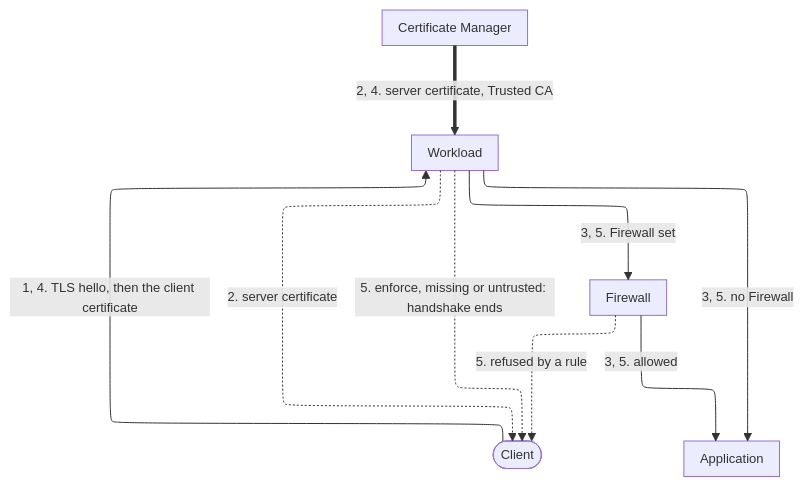
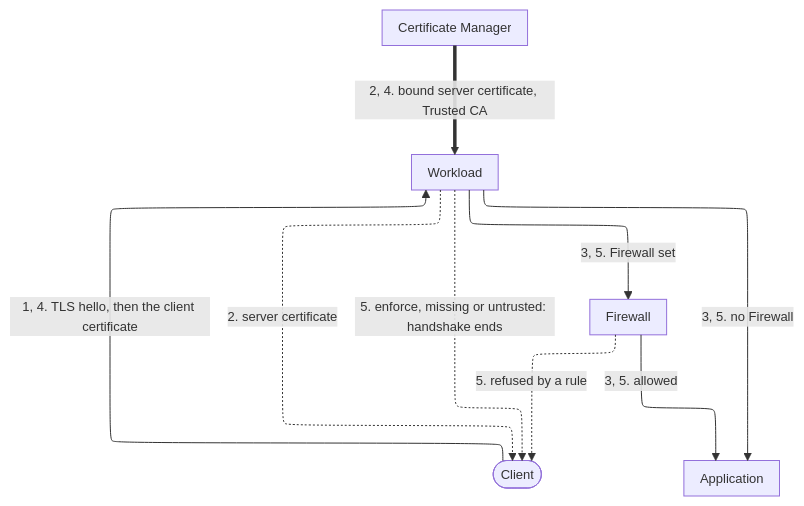
Before and after one commit to aziontech/docs: the diagram in apps/docs/src/content/docs/en/pages/secure/certificate-manager/overview.mdx, drawn with Mermaid. The commit also changed other lines of this file and 132 other files, not shown here.

````diff
--- a/apps/docs/src/content/docs/en/pages/secure/certificate-manager/overview.mdx
+++ b/apps/docs/src/content/docs/en/pages/secure/certificate-manager/overview.mdx
@@ -29,17 +29,17 @@
 ```mermaid
 %%{init: {"layout": "elk", "elk": {"cycleBreakingStrategy": "MODEL_ORDER"}, "themeVariables": {"fontSize": "13px"}, "flowchart": {"nodeSpacing": 24, "rankSpacing": 36, "padding": 8, "wrappingWidth": 150, "useMaxWidth": true}, "sequence": {"width": 120, "actorMargin": 30, "useMaxWidth": true}}}%%
 flowchart TD
   Client(["Client"])
   WL["Workload"]
   CM["Certificate Manager"]
   FW["Firewall"]
   App["Application"]
   Client -->|"1, 4. TLS hello, then the client certificate"| WL
-  CM ==>|"2, 4. server certificate, Trusted CA"| WL
+  CM ==>|"2, 4. bound server certificate, Trusted CA"| WL
   WL -.->|"2. server certificate"| Client
   WL -.->|"5. enforce, missing or untrusted: handshake ends"| Client
   WL -->|"3, 5. Firewall set"| FW
   WL -->|"3, 5. no Firewall"| App
   FW -->|"3, 5. allowed"| App
   FW -.->|"5. refused by a rule"| Client
 ```
````
